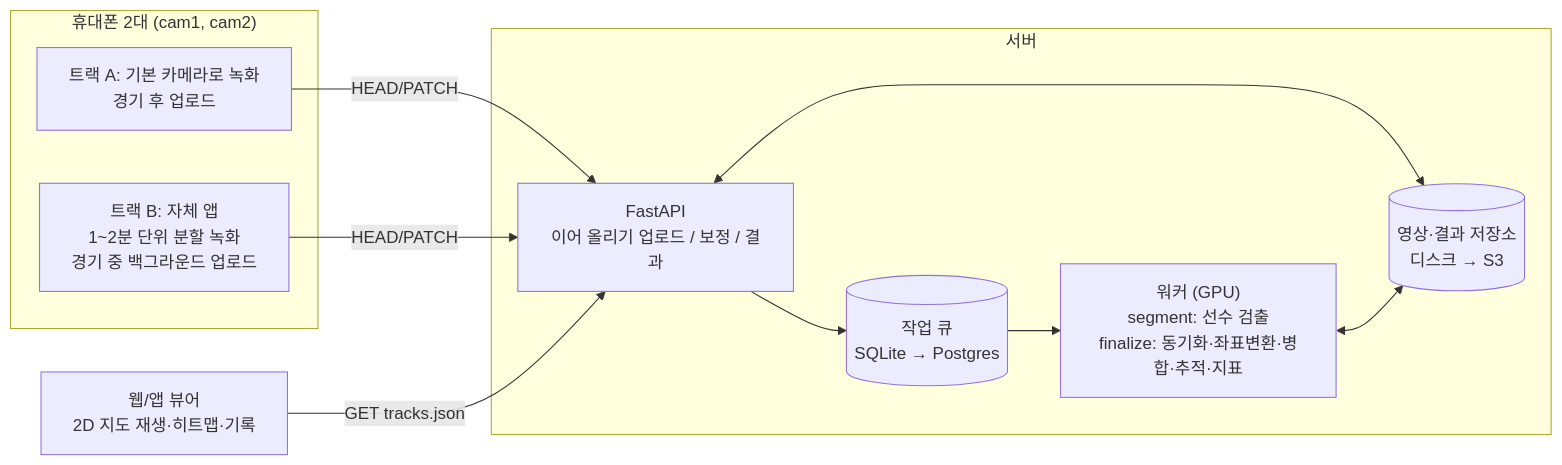
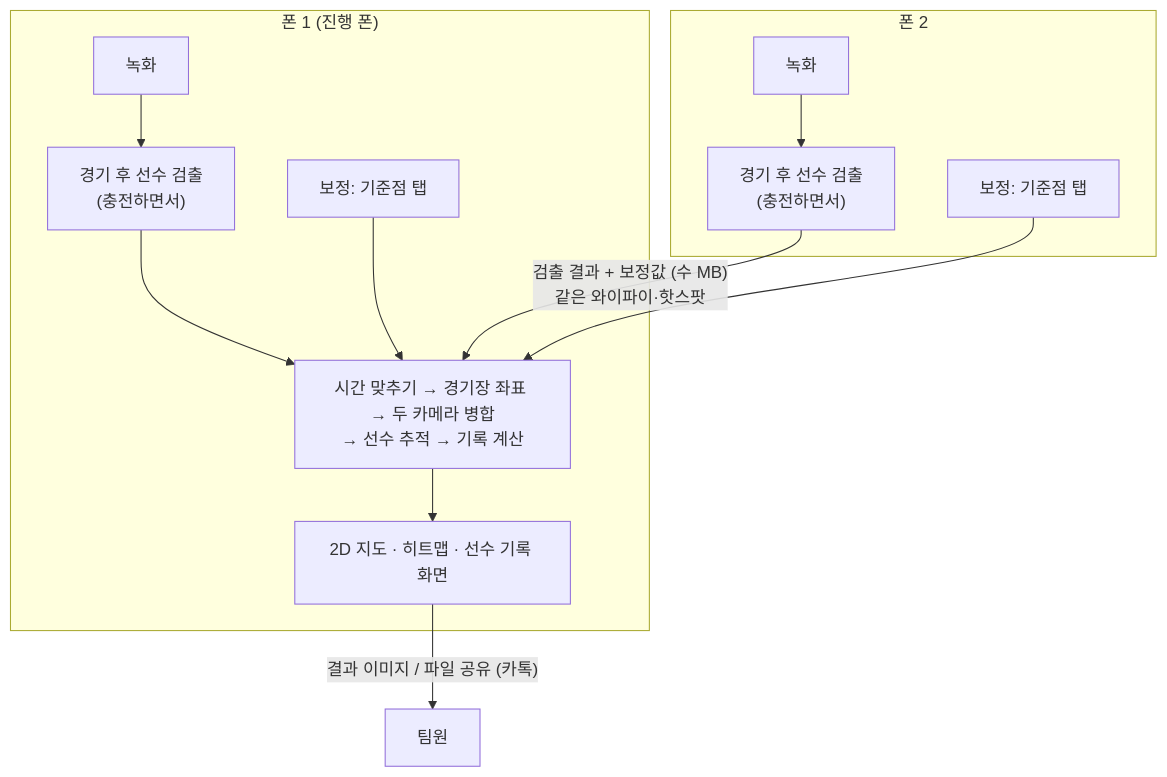
Before and after one commit to jjs523/futsal-analytics: the diagram in docs/architecture.md, drawn with Mermaid. The commit also changed other lines of this file and 5 other files, not shown here.

````diff
--- a/docs/architecture.md
+++ b/docs/architecture.md
@@ -5,20 +7,19 @@
 ```mermaid
-flowchart LR
-  subgraph Phone["휴대폰 2대 (cam1, cam2)"]
-    A1["트랙 A: 기본 카메라로 녹화<br/>경기 후 업로드"]
-    B1["트랙 B: 자체 앱<br/>1~2분 단위 분할 녹화<br/>경기 중 백그라운드 업로드"]
+flowchart TB
+  subgraph P1["폰 1 (진행 폰)"]
+    R1["녹화"] --> D1["경기 후 선수 검출<br/>(충전하면서)"]
+    C1["보정: 기준점 탭"]
+    F["시간 맞추기 → 경기장 좌표 → 두 카메라 병합<br/>→ 선수 추적 → 기록 계산"]
+    V["2D 지도 · 히트맵 · 선수 기록 화면"]
+    D1 --> F
+    C1 --> F
+    F --> V
   end
-  subgraph Server["서버"]
-    API["FastAPI<br/>이어 올리기 업로드 / 보정 / 결과"]
-    Q[("작업 큐<br/>SQLite → Postgres")]
-    W["워커 (GPU)<br/>segment: 선수 검출<br/>finalize: 동기화·좌표변환·병합·추적·지표"]
-    S[("영상·결과 저장소<br/>디스크 → S3")]
+  subgraph P2["폰 2"]
+    R2["녹화"] --> D2["경기 후 선수 검출<br/>(충전하면서)"]
+    C2["보정: 기준점 탭"]
   end
-  V["웹/앱 뷰어<br/>2D 지도 재생·히트맵·기록"]
-  A1 -->|HEAD/PATCH| API
-  B1 -->|HEAD/PATCH| API
-  API --> Q --> W
-  API <--> S
-  W <--> S
-  V -->|GET tracks.json| API
+  D2 -- "검출 결과 + 보정값 (수 MB)<br/>같은 와이파이·핫스팟" --> F
+  C2 --> F
+  V -- "결과 이미지 / 파일 공유 (카톡)" --> S["팀원"]
 ```
````
